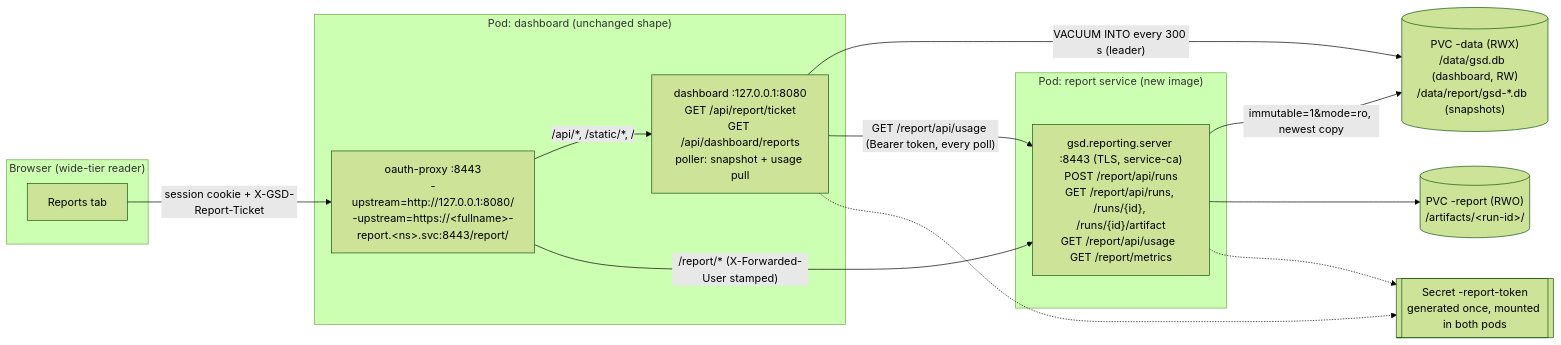
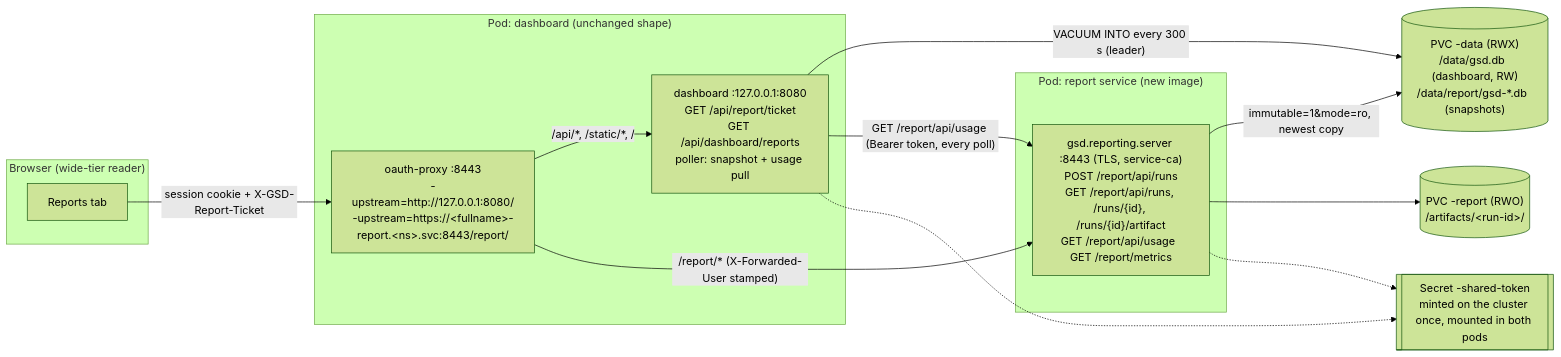
Before and after one commit to ephico2real2/group-sync-dashboard: the first of 3 diagrams in docs/DESIGN_reporting_service.md, drawn with Mermaid (forest theme). The commit also changed other lines of this file and 14 other files, not shown here.

Commit message:
feat(chart): the session key and the report token are minted on the cluster by a hook, never rendered; the first upgrade carries the old values over (chart 0.37.0, #212)

````diff
--- a/docs/DESIGN_reporting_service.md
+++ b/docs/DESIGN_reporting_service.md
@@ -27,25 +27,25 @@
 ```mermaid
 flowchart LR
   subgraph browser["Browser (wide-tier reader)"]
     ui["Reports tab"]
   end
   subgraph dpod["Pod: dashboard (unchanged shape)"]
     proxy["oauth-proxy :8443<br/>-upstream=http://127.0.0.1:8080/<br/>-upstream=https://&lt;fullname&gt;-report.&lt;ns&gt;.svc:8443/report/"]
     app["dashboard :127.0.0.1:8080<br/>GET /api/report/ticket<br/>GET /api/dashboard/reports<br/>poller: snapshot + usage pull"]
     proxy -->|"/api/*, /static/*, /"| app
   end
   subgraph rpod["Pod: report service (new image)"]
     rsvc["gsd.reporting.server :8443 (TLS, service-ca)<br/>POST /report/api/runs<br/>GET /report/api/runs, /runs/{id}, /runs/{id}/artifact<br/>GET /report/api/usage  GET /report/metrics"]
   end
   pvcData[("PVC -data (RWX)<br/>/data/gsd.db  (dashboard, RW)<br/>/data/report/gsd-*.db  (snapshots)")]
   pvcArt[("PVC -report (RWO)<br/>/artifacts/&lt;run-id&gt;/")]
-  secret[["Secret -report-token<br/>generated once, mounted in both pods"]]
+  secret[["Secret -shared-token<br/>minted on the cluster once, mounted in both pods"]]
   ui -->|"session cookie + X-GSD-Report-Ticket"| proxy
   proxy -->|"/report/* (X-Forwarded-User stamped)"| rsvc
   app -->|"VACUUM INTO every 300 s (leader)"| pvcData
   rsvc -->|"immutable=1&mode=ro, newest copy"| pvcData
   rsvc --> pvcArt
   app -->|"GET /report/api/usage (Bearer token, every poll)"| rsvc
   app -.-> secret
   rsvc -.-> secret
 ```
````
